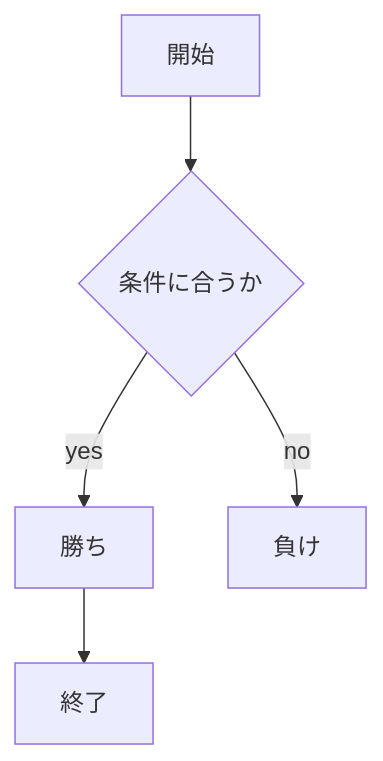
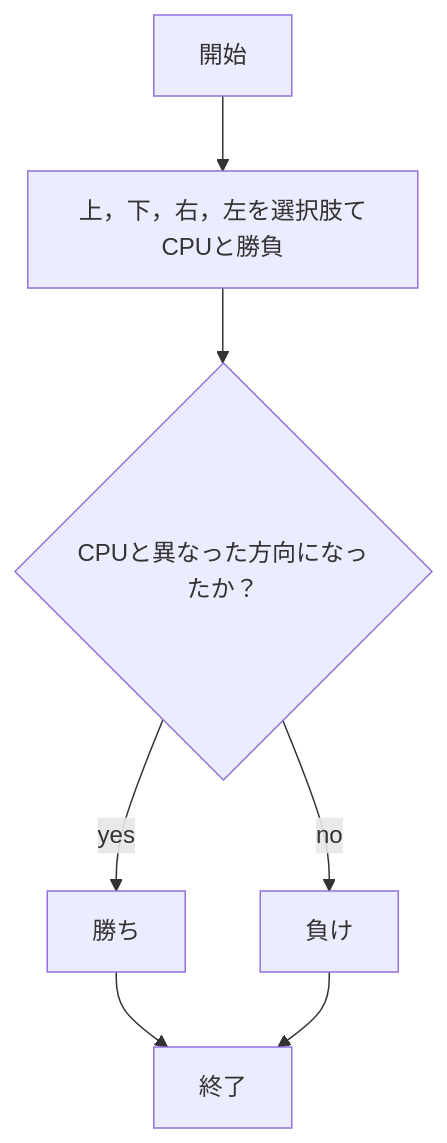
The second of 2 diagrams in README.md (noraneko-10/webpro_06), drawn with Mermaid before and after one commit. The commit also changed other lines of this file and 8 other files, not shown here.

````diff
--- a/README.md
+++ b/README.md
@@ -25,14 +87,17 @@
 ```mermaid
 flowchart TD;
 
 start["開始"];
 end1["終了"]
-if{"条件に合うか"}
+noa[上，下，右，左を選択肢てCPUと勝負]
+if{"CPUと異なった方向になったか？"}
 win["勝ち"]
 loose["負け"]
 
-start --> if
+start --> noa
+noa --> if
 if -->|yes| win
 win --> end1
 if -->|no| loose
+loose --> end1
 ```
````
